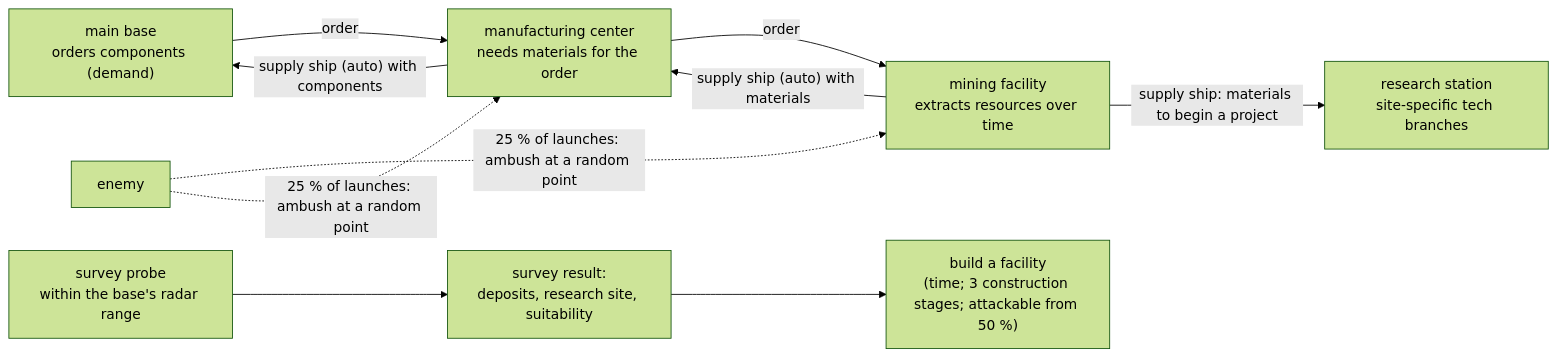
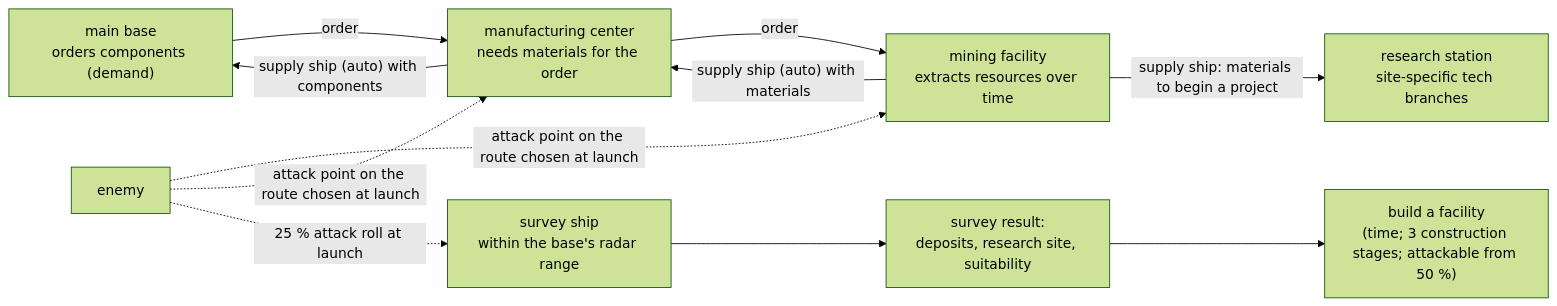
The diagram in docs/specification/design/logistics.md (bbogovich/OpenInterceptor), drawn with Mermaid (forest theme) before and after one commit. The commit also changed other lines of this file and 59 other files, not shown here.

````diff
--- a/docs/specification/design/logistics.md
+++ b/docs/specification/design/logistics.md
@@ -22,11 +28,12 @@
 ```mermaid
 flowchart LR
     BA["main base<br/>orders components (demand)"] -- "order" --> MA["manufacturing center<br/>needs materials for the order"]
     MA -- "order" --> MI["mining facility<br/>extracts resources over time"]
     MI -- "supply ship (auto) with materials" --> MA
     MA -- "supply ship (auto) with components" --> BA
     MI -- "supply ship: materials to begin a project" --> RS["research station<br/>site-specific tech branches"]
-    PR["survey probe<br/>within the base's radar range"] --> SV["survey result:<br/>deposits, research site, suitability"]
+    PR["survey ship<br/>within the base's radar range"] --> SV["survey result:<br/>deposits, research site, suitability"]
     SV --> BU["build a facility<br/>(time; 3 construction stages; attackable from 50 %)"]
-    EN["enemy"] -. "25 % of launches: ambush at a random point" .-> MI & MA
+    EN["enemy"] -. "attack point on the route chosen at launch" .-> MI & MA
+    EN -. "25 % attack roll at launch" .-> PR
 ```
````
